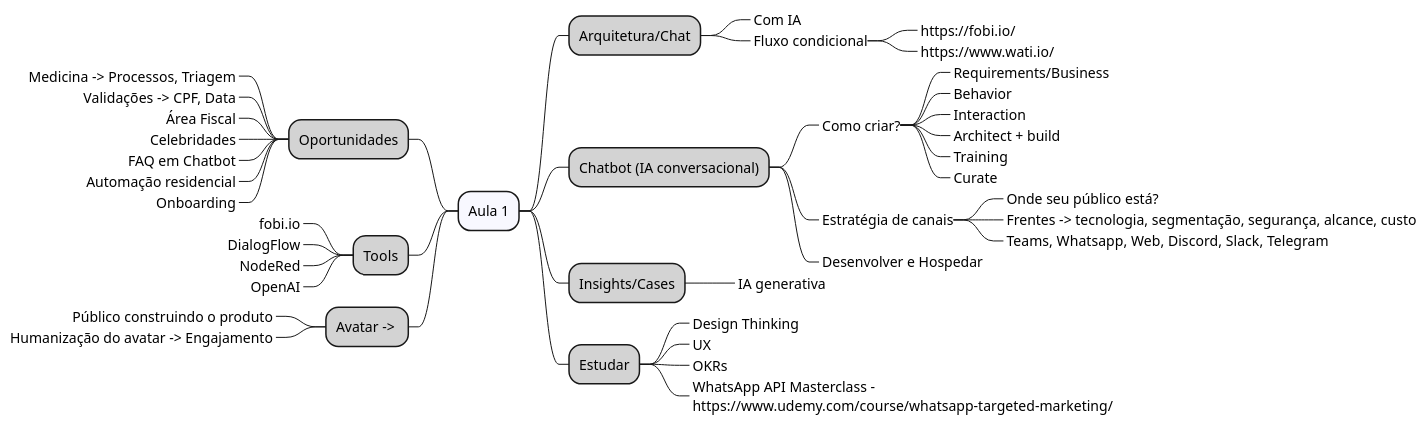
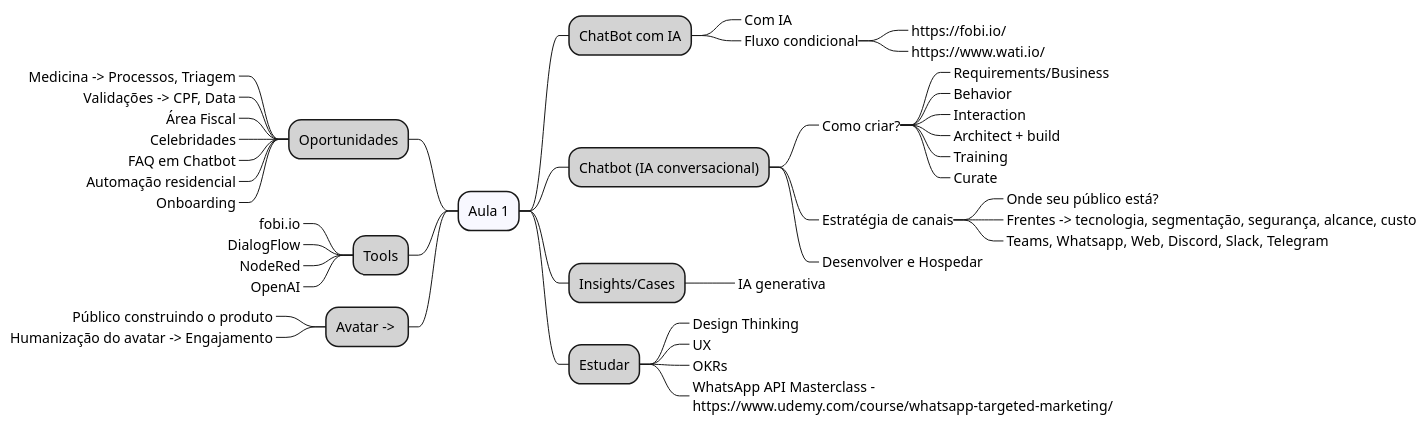
One commit to acnaweb/chatbot changed the diagram in docs/src/aula1.wsd. Above: the diagram before and after it, drawn with PlantUML. The commit also changed 3 other files, not shown here.

```diff
--- a/docs/src/aula1.wsd
+++ b/docs/src/aula1.wsd
@@ -1,67 +1,67 @@
 @startmindmap
 
 *[#F8F8FF] Aula 1
 
-**[#LightGray] Arquitetura/Chat
+**[#LightGray] ChatBot com IA
 
 ***_ Com IA
 ***_ Fluxo condicional
 ****_ https://fobi.io/
 ****_ https://www.wati.io/
 
 **[#LightGray] Chatbot (IA conversacional)
 
 ***_ Como criar?
 
 ****_ Requirements/Business
 ****_ Behavior
 ****_ Interaction
 ****_ Architect + build
 ****_ Training
 ****_ Curate
 
 ***_ Estratégia de canais
 
 ****_ Onde seu público está? 
 ****_ Frentes -> tecnologia, segmentação, segurança, alcance, custo
 ****_ Teams, Whatsapp, Web, Discord, Slack, Telegram
 
 ***_ Desenvolver e Hospedar 
 
 **[#LightGray] Insights/Cases
 
 ***_ IA generativa
 
 **[#LightGray] Estudar
 
 ***_ Design Thinking
 ***_ UX
 ***_ OKRs
 ***_ WhatsApp API Masterclass -\nhttps://www.udemy.com/course/whatsapp-targeted-marketing/
 
 
 left side
 
 **[#LightGray] Oportunidades
 
 ***_ Medicina -> Processos, Triagem
 ***_ Validações -> CPF, Data
 ***_ Área Fiscal
 ***_ Celebridades
 ***_ FAQ em Chatbot
 ***_ Automação residencial
 ***_ Onboarding
 
 **[#LightGray] Tools
 
 ***_ fobi.io
 ***_ DialogFlow
 ***_ NodeRed
 ***_ OpenAI
 
 **[#LightGray] Avatar -> 
 
 ***_ Público construindo o produto
 ***_ Humanização do avatar -> Engajamento
 
 @endmindmap
```
